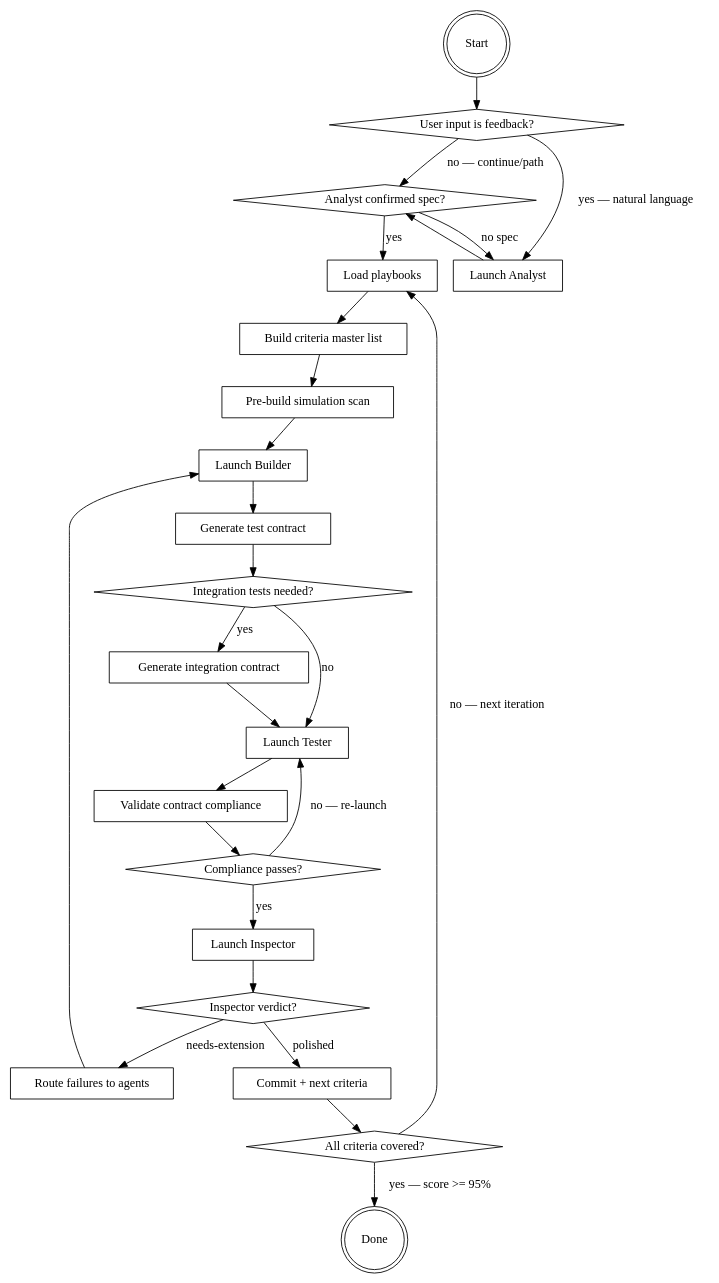
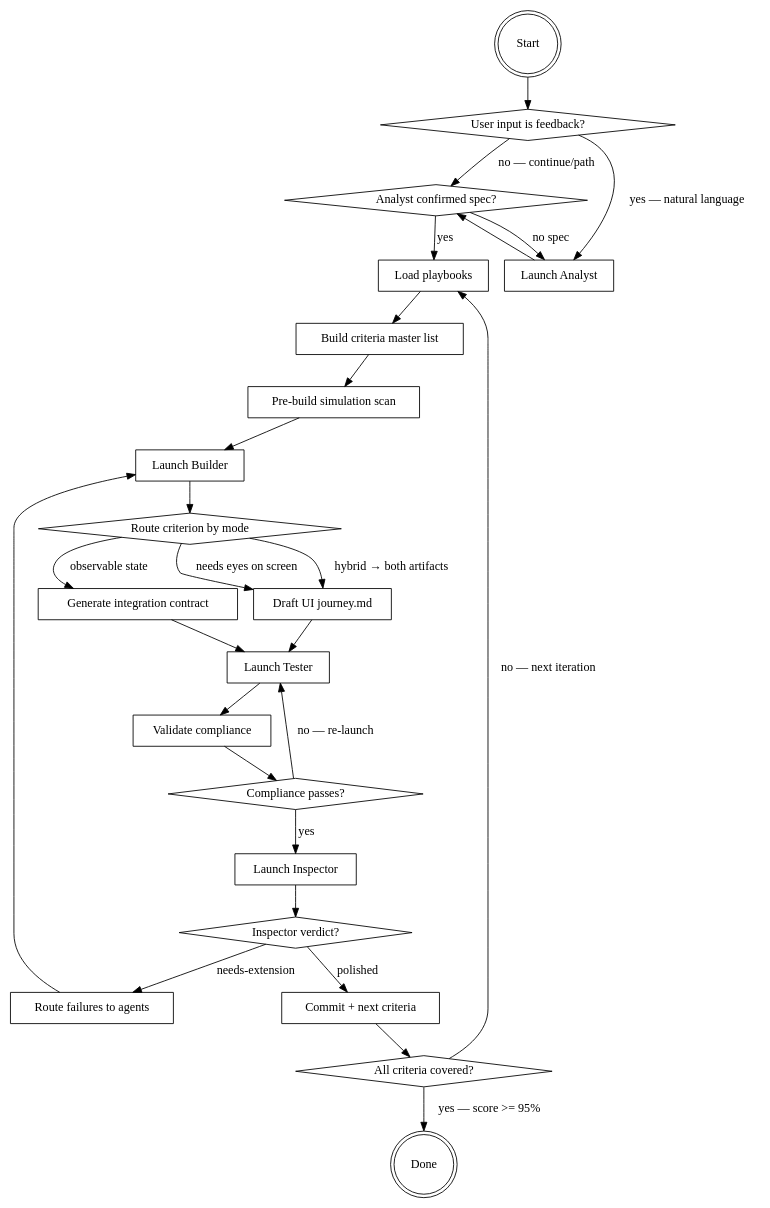
One commit to sunfmin/autocraft changed the diagram in skills/autocraft/orchestrator.md. Above: the diagram before and after it, drawn with Graphviz. The commit also changed other lines of this file and 5 other files, not shown here.

````diff
--- a/skills/autocraft/orchestrator.md
+++ b/skills/autocraft/orchestrator.md
@@ -29,52 +29,53 @@
 ```dot
 digraph orchestrator_loop {
     rankdir=TB;
 
     "Start" [shape=doublecircle];
     "Analyst confirmed spec?" [shape=diamond];
     "Launch Analyst" [shape=box];
     "Load playbooks" [shape=box];
     "Build criteria master list" [shape=box];
     "Pre-build simulation scan" [shape=box];
     "Launch Builder" [shape=box];
-    "Generate test contract" [shape=box];
-    "Integration tests needed?" [shape=diamond];
+    "Route criterion by mode" [shape=diamond];
+    "Draft UI journey.md" [shape=box];
     "Generate integration contract" [shape=box];
     "Launch Tester" [shape=box];
-    "Validate contract compliance" [shape=box];
+    "Validate compliance" [shape=box];
     "Compliance passes?" [shape=diamond];
     "Launch Inspector" [shape=box];
     "Inspector verdict?" [shape=diamond];
     "Commit + next criteria" [shape=box];
     "All criteria covered?" [shape=diamond];
     "Done" [shape=doublecircle];
     "Route failures to agents" [shape=box];
 
     "Start" -> "User input is feedback?";
     "User input is feedback?" [shape=diamond];
     "User input is feedback?" -> "Launch Analyst" [label="yes — natural language"];
     "User input is feedback?" -> "Analyst confirmed spec?" [label="no — continue/path"];
     "Launch Analyst" -> "Analyst confirmed spec?";
     "Analyst confirmed spec?" -> "Load playbooks" [label="yes"];
     "Analyst confirmed spec?" -> "Launch Analyst" [label="no spec"];
     "Load playbooks" -> "Build criteria master list";
     "Build criteria master list" -> "Pre-build simulation scan";
     "Pre-build simulation scan" -> "Launch Builder";
-    "Launch Builder" -> "Generate test contract";
-    "Generate test contract" -> "Integration tests needed?";
-    "Integration tests needed?" -> "Generate integration contract" [label="yes"];
-    "Integration tests needed?" -> "Launch Tester" [label="no"];
+    "Launch Builder" -> "Route criterion by mode";
+    "Route criterion by mode" -> "Draft UI journey.md" [label="needs eyes on screen"];
+    "Route criterion by mode" -> "Generate integration contract" [label="observable state"];
+    "Route criterion by mode" -> "Draft UI journey.md" [label="hybrid → both artifacts"];
+    "Draft UI journey.md" -> "Launch Tester";
     "Generate integration contract" -> "Launch Tester";
-    "Launch Tester" -> "Validate contract compliance";
-    "Validate contract compliance" -> "Compliance passes?";
+    "Launch Tester" -> "Validate compliance";
+    "Validate compliance" -> "Compliance passes?";
     "Compliance passes?" -> "Launch Inspector" [label="yes"];
     "Compliance passes?" -> "Launch Tester" [label="no — re-launch"];
     "Launch Inspector" -> "Inspector verdict?";
     "Inspector verdict?" -> "Commit + next criteria" [label="polished"];
     "Inspector verdict?" -> "Route failures to agents" [label="needs-extension"];
     "Route failures to agents" -> "Launch Builder";
     "Commit + next criteria" -> "All criteria covered?";
     "All criteria covered?" -> "Done" [label="yes — score >= 95%"];
     "All criteria covered?" -> "Load playbooks" [label="no — next iteration"];
 }
 ```
````
